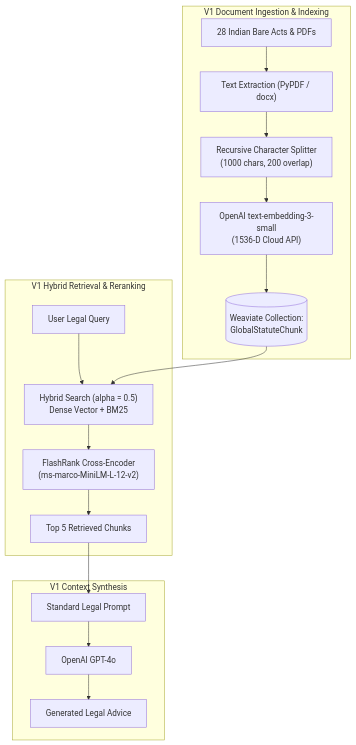
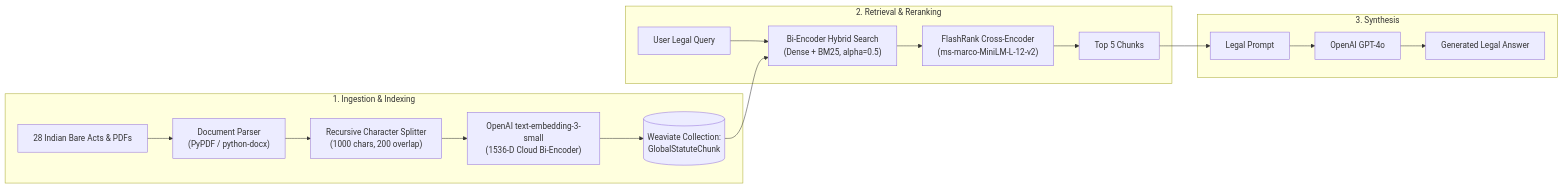
The first of 2 diagrams in README.md (JaywardhanYadav/LegalDrishti-AI), drawn with Mermaid before and after one commit. The commit also changed other lines of this file, not shown here.

Commit message:
docs: update Version 1 diagram to LR layout, add Document Parser, and refine terminology

````diff
--- a/README.md
+++ b/README.md
@@ -33,22 +34,22 @@
 ```mermaid
-flowchart TD
-    subgraph INGEST_V1["V1 Document Ingestion & Indexing"]
-        DOCS_V1["28 Indian Bare Acts & PDFs"] --> EXTRACT_V1["Text Extraction (PyPDF / docx)"]
-        EXTRACT_V1 --> CHUNK_V1["Recursive Character Splitter\n(1000 chars, 200 overlap)"]
-        CHUNK_V1 --> EMBED_V1["OpenAI text-embedding-3-small\n(1536-D Cloud API)"]
+flowchart LR
+    subgraph INGEST_V1["1. Ingestion & Indexing"]
+        DOCS_V1["28 Indian Bare Acts & PDFs"] --> PARSER_V1["Document Parser\n(PyPDF / python-docx)"]
+        PARSER_V1 --> CHUNK_V1["Recursive Character Splitter\n(1000 chars, 200 overlap)"]
+        CHUNK_V1 --> EMBED_V1["OpenAI text-embedding-3-small\n(1536-D Cloud Bi-Encoder)"]
         EMBED_V1 --> WEAVIATE_V1[("Weaviate Collection:\nGlobalStatuteChunk")]
     end
 
-    subgraph RETRIEVE_V1["V1 Hybrid Retrieval & Reranking"]
-        Q_V1["User Legal Query"] --> HYBRID_V1["Hybrid Search (alpha = 0.5)\nDense Vector + BM25"]
+    subgraph RETRIEVE_V1["2. Retrieval & Reranking"]
+        Q_V1["User Legal Query"] --> HYBRID_V1["Bi-Encoder Hybrid Search\n(Dense + BM25, alpha=0.5)"]
         WEAVIATE_V1 --> HYBRID_V1
         HYBRID_V1 --> RERANK_V1["FlashRank Cross-Encoder\n(ms-marco-MiniLM-L-12-v2)"]
-        RERANK_V1 --> TOP5_V1["Top 5 Retrieved Chunks"]
+        RERANK_V1 --> TOP5_V1["Top 5 Chunks"]
     end
 
-    subgraph GEN_V1["V1 Context Synthesis"]
-        TOP5_V1 --> PROMPT_V1["Standard Legal Prompt"]
+    subgraph GEN_V1["3. Synthesis"]
+        TOP5_V1 --> PROMPT_V1["Legal Prompt"]
         PROMPT_V1 --> LLM_V1["OpenAI GPT-4o"]
-        LLM_V1 --> ANS_V1["Generated Legal Advice"]
+        LLM_V1 --> ANS_V1["Generated Legal Answer"]
     end
 ```
````
